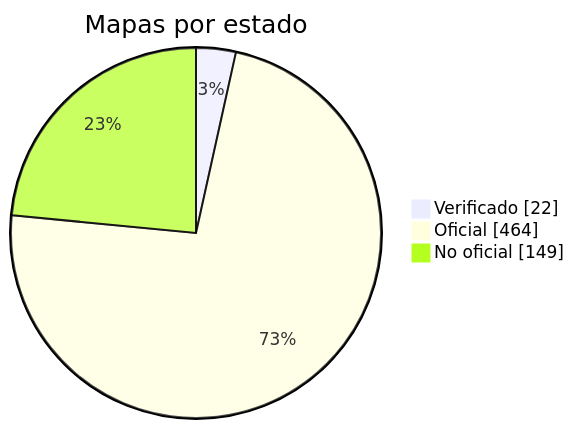
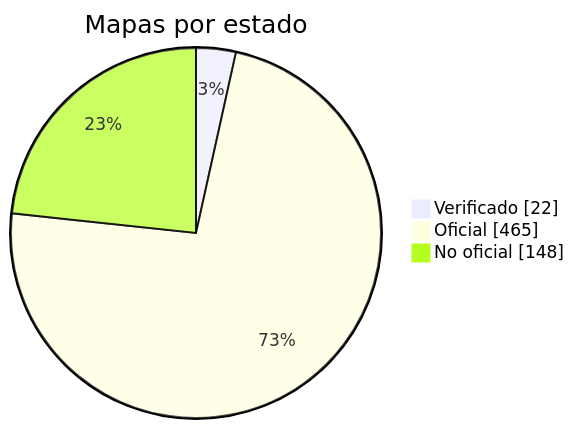
Before and after one commit to nobrega8/mbmap-library: the diagram in docs/readme/README_ES.md, drawn with Mermaid. The commit also changed 6 other files, not shown here.

````diff
--- a/docs/readme/README_ES.md
+++ b/docs/readme/README_ES.md
@@ -54,7 +54,7 @@
 ```mermaid
 pie showData
     title Mapas por estado
     "Verificado" : 22
-    "Oficial" : 464
-    "No oficial" : 149
+    "Oficial" : 465
+    "No oficial" : 148
 ```
````
